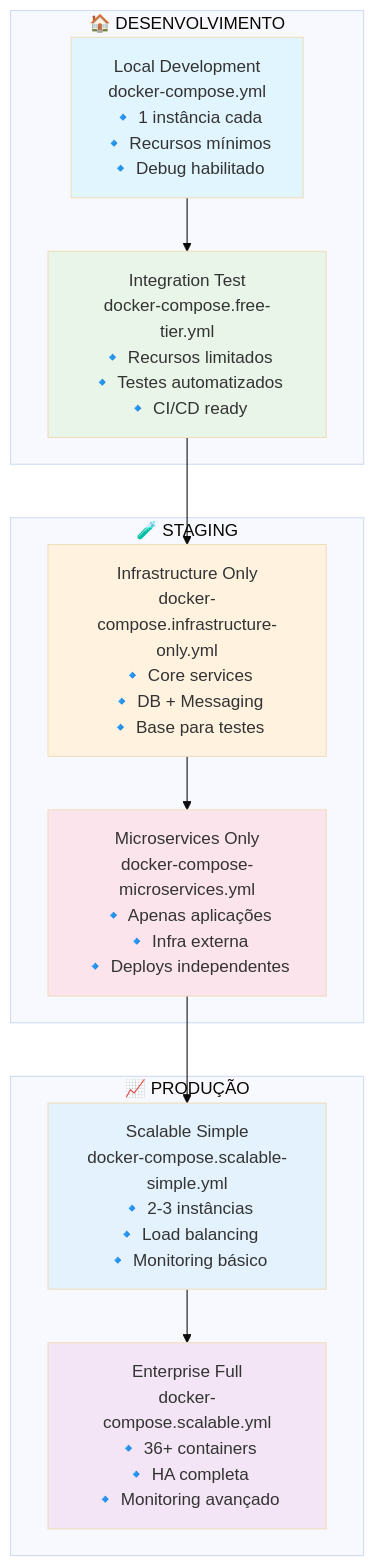
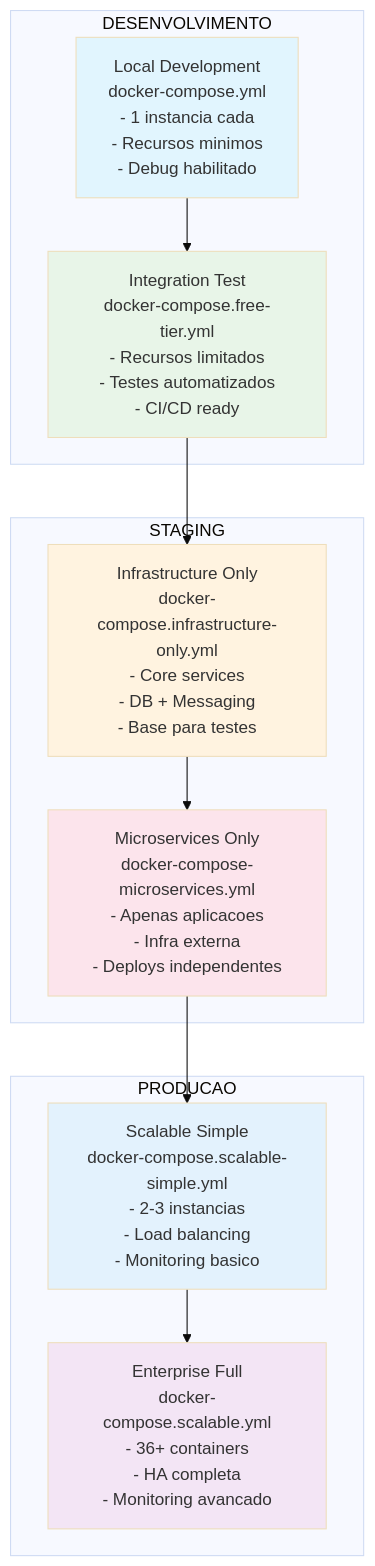
Before and after one commit to italo-costa/estudosKBNT_Kafka_Logs_V2_cleanCode: the second of 7 diagrams in DEPLOYMENT_STRATEGIES.md, drawn with Mermaid (base theme). The commit also changed other lines of this file and 1 other file, not shown here.

First line of the commit message:
docs: Remove emojis from Mermaid diagrams for better GitHub rendering

````diff
--- a/DEPLOYMENT_STRATEGIES.md
+++ b/DEPLOYMENT_STRATEGIES.md
@@ -74,30 +74,30 @@
 ```mermaid
 graph TB
-    subgraph "🏠 DESENVOLVIMENTO"
-        A1[Local Development<br/>docker-compose.yml<br/>🔹 1 instância cada<br/>🔹 Recursos mínimos<br/>🔹 Debug habilitado]
-        A2[Integration Test<br/>docker-compose.free-tier.yml<br/>🔹 Recursos limitados<br/>🔹 Testes automatizados<br/>🔹 CI/CD ready]
+    subgraph "DESENVOLVIMENTO"
+        A1[Local Development<br/>docker-compose.yml<br/>- 1 instancia cada<br/>- Recursos minimos<br/>- Debug habilitado]
+        A2[Integration Test<br/>docker-compose.free-tier.yml<br/>- Recursos limitados<br/>- Testes automatizados<br/>- CI/CD ready]
     end
     
-    subgraph "🧪 STAGING"
-        B1[Infrastructure Only<br/>docker-compose.infrastructure-only.yml<br/>🔹 Core services<br/>🔹 DB + Messaging<br/>🔹 Base para testes]
-        B2[Microservices Only<br/>docker-compose-microservices.yml<br/>🔹 Apenas aplicações<br/>🔹 Infra externa<br/>🔹 Deploys independentes]
+    subgraph "STAGING"
+        B1[Infrastructure Only<br/>docker-compose.infrastructure-only.yml<br/>- Core services<br/>- DB + Messaging<br/>- Base para testes]
+        B2[Microservices Only<br/>docker-compose-microservices.yml<br/>- Apenas aplicacoes<br/>- Infra externa<br/>- Deploys independentes]
     end
     
-    subgraph "📈 PRODUÇÃO"
-        C1[Scalable Simple<br/>docker-compose.scalable-simple.yml<br/>🔹 2-3 instâncias<br/>🔹 Load balancing<br/>🔹 Monitoring básico]
-        C2[Enterprise Full<br/>docker-compose.scalable.yml<br/>🔹 36+ containers<br/>🔹 HA completa<br/>🔹 Monitoring avançado]
+    subgraph "PRODUCAO"
+        C1[Scalable Simple<br/>docker-compose.scalable-simple.yml<br/>- 2-3 instancias<br/>- Load balancing<br/>- Monitoring basico]
+        C2[Enterprise Full<br/>docker-compose.scalable.yml<br/>- 36+ containers<br/>- HA completa<br/>- Monitoring avancado]
     end
     
     A1 --> A2
     A2 --> B1
     B1 --> B2
     B2 --> C1
     C1 --> C2
     
     style A1 fill:#e1f5fe
     style A2 fill:#e8f5e8
     style B1 fill:#fff3e0
     style B2 fill:#fce4ec
     style C1 fill:#e3f2fd
     style C2 fill:#f3e5f5
 ```
````
